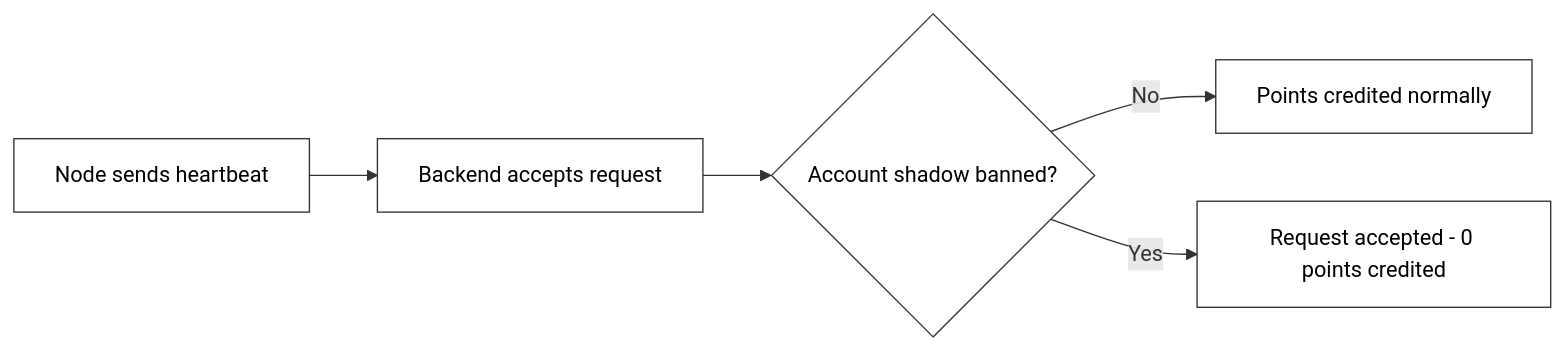
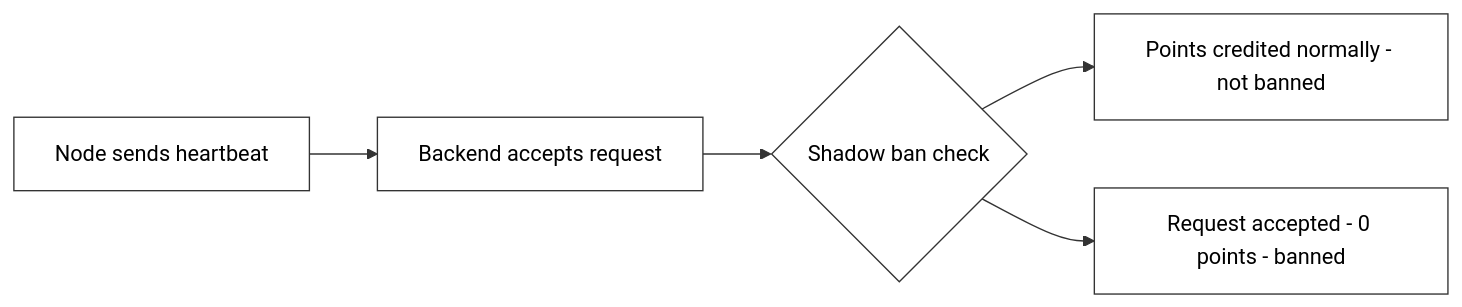
The second of 2 diagrams in anti-cheat.md (Nexora-Node/Docs), drawn with Mermaid before and after one commit. The commit also changed other lines of this file and 5 other files, not shown here.

````diff
--- a/anti-cheat.md
+++ b/anti-cheat.md
@@ -78,13 +74,13 @@
 ```mermaid
 flowchart LR
     A[Node sends heartbeat] --> B[Backend accepts request]
-    B --> C{Account shadow banned?}
-    C -->|No| D[Points credited normally]
-    C -->|Yes| E[Request accepted - 0 points credited]
+    B --> C{Shadow ban check}
+    C --> D[Points credited normally - not banned]
+    C --> E[Request accepted - 0 points - banned]
 
     style A fill:#fff,stroke:#333,color:#000
     style B fill:#fff,stroke:#333,color:#000
     style C fill:#fff,stroke:#333,color:#000
     style D fill:#fff,stroke:#333,color:#000
     style E fill:#fff,stroke:#333,color:#000
 ```
````
